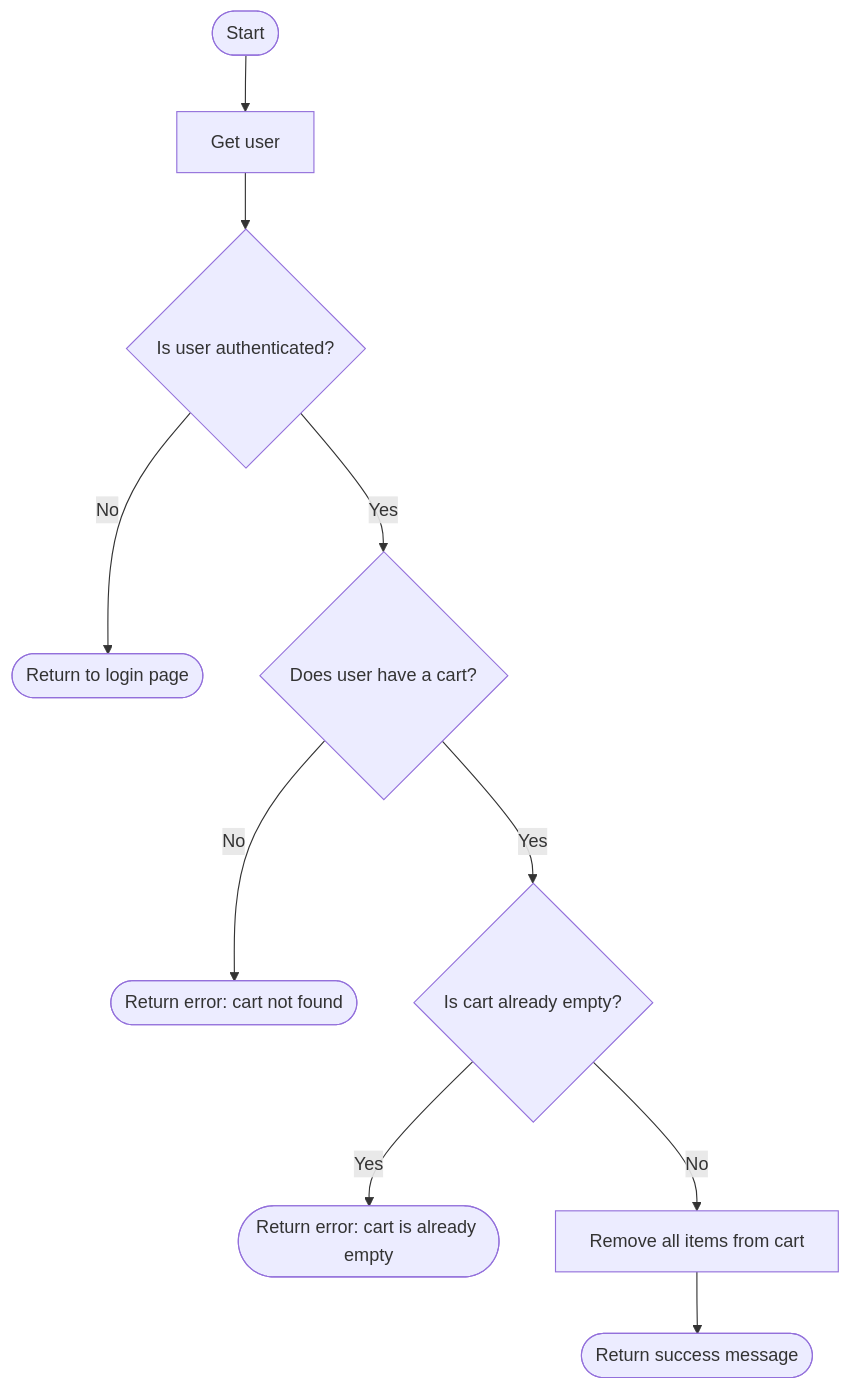
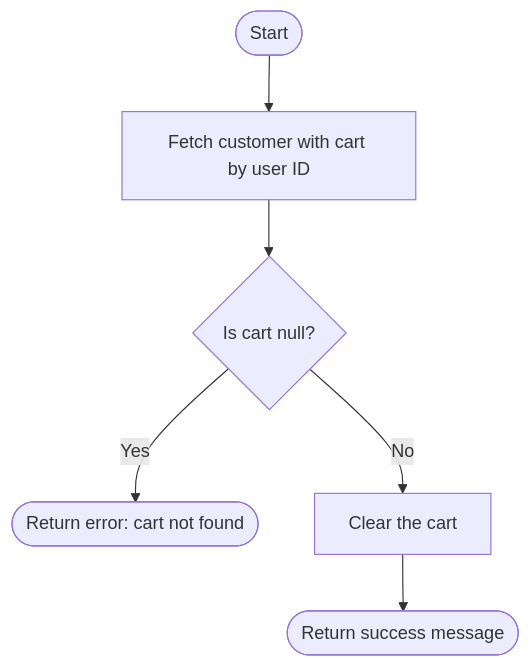
Before and after one commit to T1G1-Mentor/Food-Delivery-System-Spring-Boot: the diagram in resources/Flowcharts/Clear_Cart.mmd, drawn with Mermaid. The commit also changed 2 other files, not shown here.

Commit message:
refactor: simplified to fetch customer+cart by user ID

```diff
--- a/resources/Flowcharts/Clear_Cart.mmd
+++ b/resources/Flowcharts/Clear_Cart.mmd
@@ -1,14 +1,8 @@
 flowchart TB
-    n1([Start]) --> n2["Get user"]
-    n2 --> n3{"Is user authenticated?"}
+    n1([Start]) --> n2["Fetch customer with cart by user ID"]
+    n2 --> n3{"Is cart null?"}
 
-    n3 -- No --> n4([Return to login page])
-    n3 -- Yes --> n5{"Does user have a cart?"}
+    n3 -- Yes --> n4([Return error: cart not found])
+    n3 -- No --> n5["Clear the cart"]
 
-    n5 -- No --> n6([Return error: cart not found])
-    n5 -- Yes --> n7{"Is cart already empty?"}
-
-    n7 -- Yes --> n8([Return error: cart is already empty])
-    n7 -- No --> n9["Remove all items from cart"]
-
-    n9 --> n10([Return success message])
+    n5 --> n6([Return success message])
```
